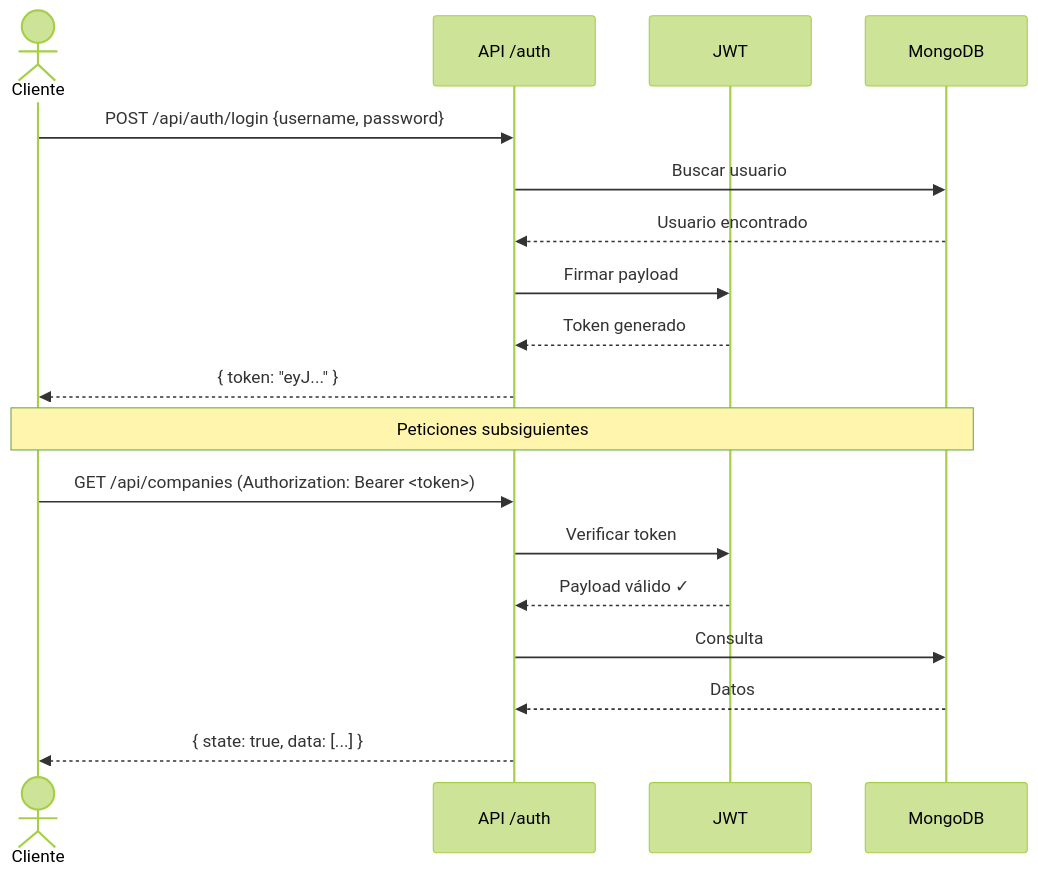
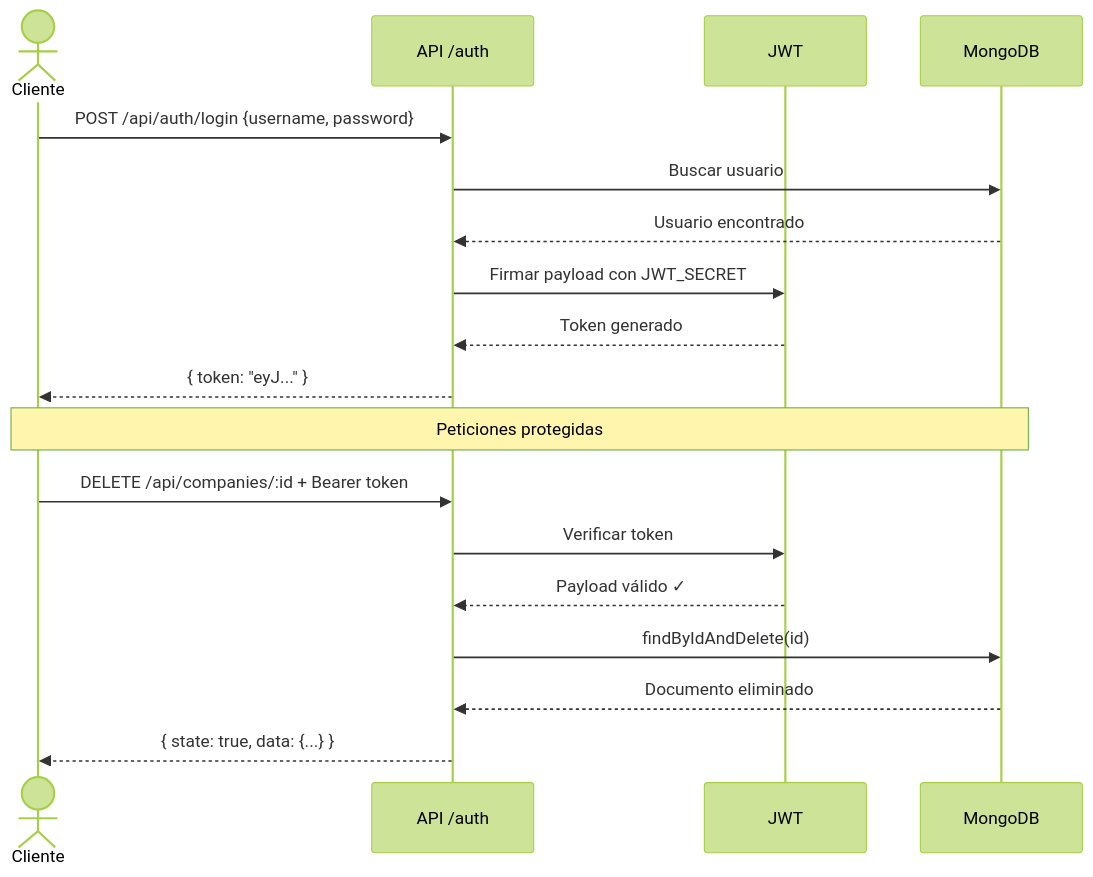
Before and after one commit to SantiagoMunevar125/taller-api-rest: the third of 3 diagrams in README.md, drawn with Mermaid (forest theme). The commit also changed other lines of this file, not shown here.

````diff
--- a/README.md
+++ b/README.md
@@ -104,23 +102,23 @@
 ```mermaid
 sequenceDiagram
     actor C as Cliente
     participant A as API /auth
     participant J as JWT
     participant DB as MongoDB
 
     C->>A: POST /api/auth/login {username, password}
     A->>DB: Buscar usuario
     DB-->>A: Usuario encontrado
-    A->>J: Firmar payload
+    A->>J: Firmar payload con JWT_SECRET
     J-->>A: Token generado
     A-->>C: { token: "eyJ..." }
 
-    Note over C,DB: Peticiones subsiguientes
+    Note over C,DB: Peticiones protegidas
 
-    C->>A: GET /api/companies (Authorization: Bearer <token>)
+    C->>A: DELETE /api/companies/:id + Bearer token
     A->>J: Verificar token
     J-->>A: Payload válido ✓
-    A->>DB: Consulta
-    DB-->>A: Datos
-    A-->>C: { state: true, data: [...] }
+    A->>DB: findByIdAndDelete(id)
+    DB-->>A: Documento eliminado
+    A-->>C: { state: true, data: {...} }
 ```
````
